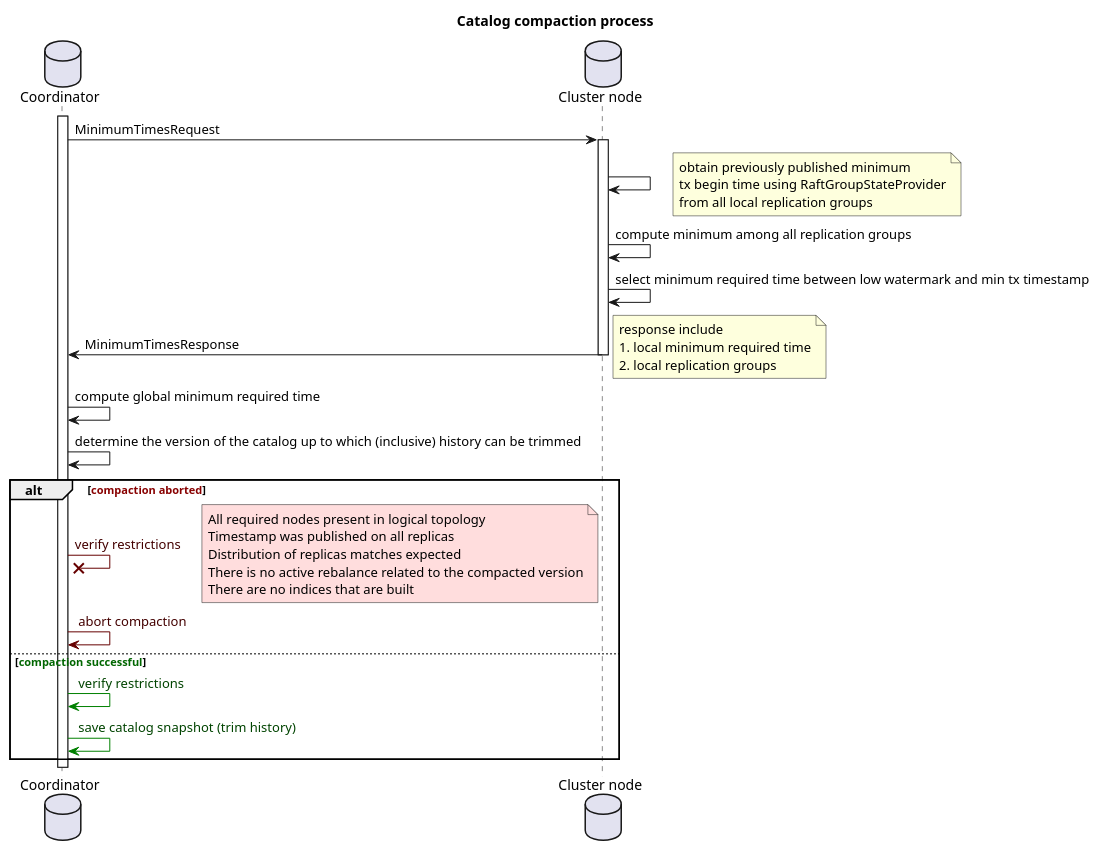
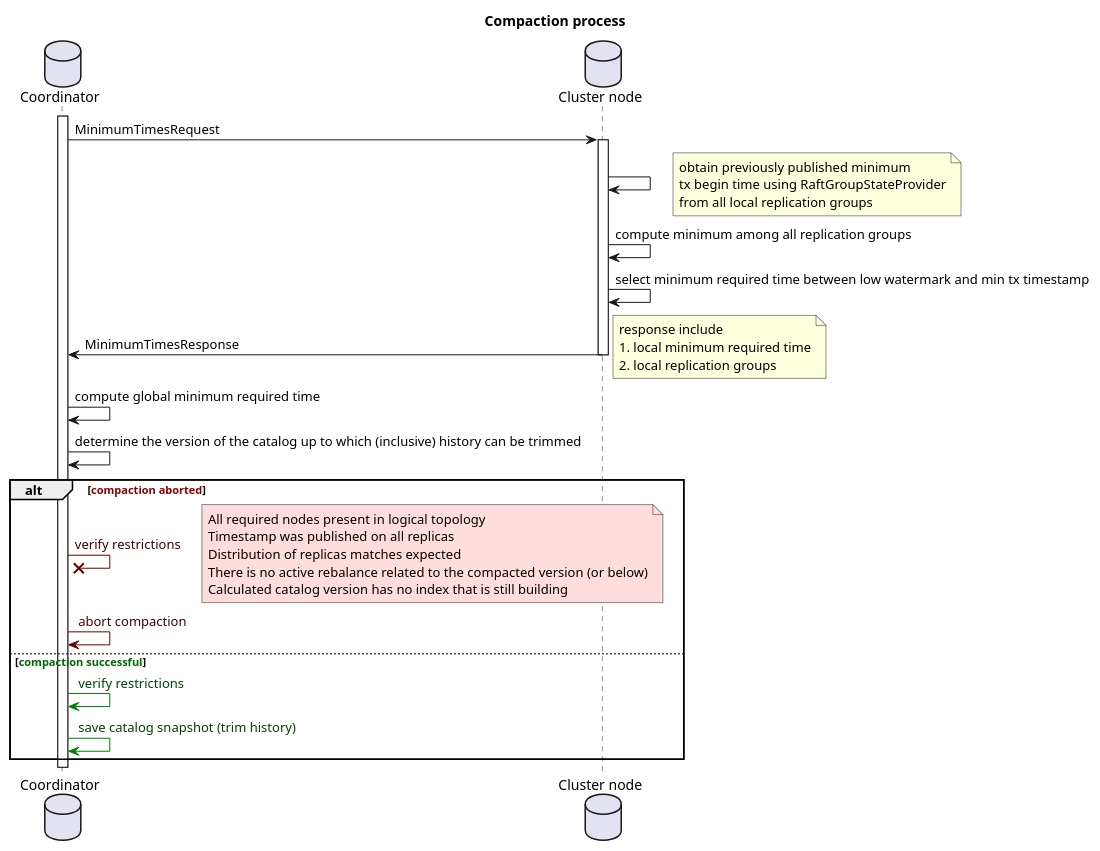
Before and after one commit to apache/ignite-3: the diagram in modules/catalog-compaction/tech-notes/compaction.puml, drawn with PlantUML. The commit also changed 2 other files, not shown here.

```diff
--- a/modules/catalog-compaction/tech-notes/compaction.puml
+++ b/modules/catalog-compaction/tech-notes/compaction.puml
@@ -1,41 +1,41 @@
 @startuml
-title Catalog compaction process
+title Compaction process
 
 database Coordinator as crd
 database "Cluster node" as node
 
 activate crd
 
 crd -> node ++ : MinimumTimesRequest
 node -> node
 note right
   obtain previously published minimum
   tx begin time using RaftGroupStateProvider
   from all local replication groups
 end note
 node -> node : compute minimum among all replication groups
 node -> node : select minimum required time between low watermark and min tx timestamp
 node -> crd -- : MinimumTimesResponse
 note right
   response include
   1. local minimum required time
   2. local replication groups
 end note
 crd -> crd : compute global minimum required time
 crd -> crd : determine the version of the catalog up to which (inclusive) history can be trimmed
 alt <font color="#880000">compaction aborted</font>
   crd -[#660000]x crd : <font color="#440000">verify restrictions
   note right #ffdddd
     All required nodes present in logical topology
     Timestamp was published on all replicas
     Distribution of replicas matches expected
-    There is no active rebalance related to the compacted version
-    There are no indices that are built
+    There is no active rebalance related to the compacted version (or below)
+    Calculated catalog version has no index that is still building
   end note
   crd -[#660000]> crd : <font color="#440000"> abort compaction
 else <font color="#006600">compaction successful</font>
   crd -[#green]> crd : <font color="#004400"> verify restrictions
   crd -[#green]> crd : <font color="#004400"> save catalog snapshot (trim history)
 end
 
 @enduml
```
